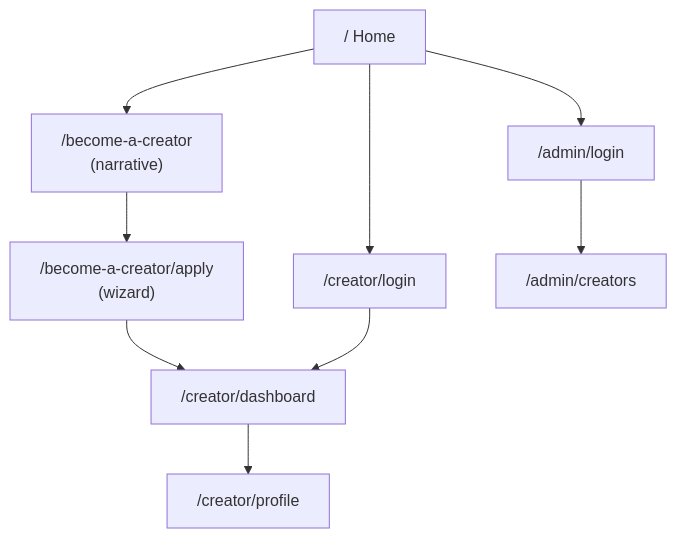
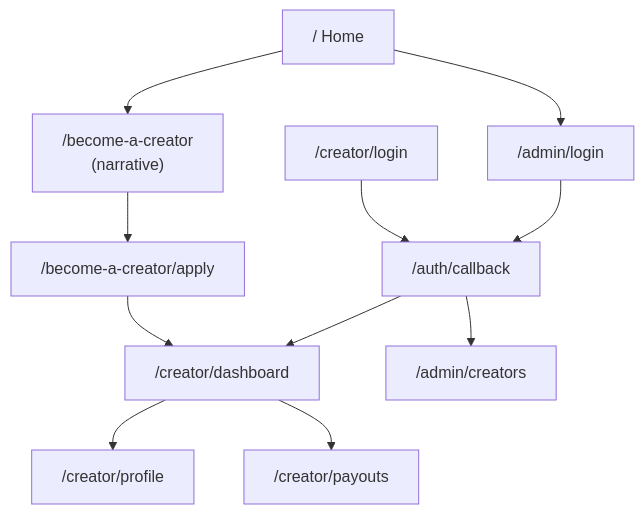
The diagram in SITEMAP.md (Nupurgaurr/ugc-marketplace-), drawn with Mermaid before and after one commit. The commit also changed other lines of this file and 11 other files, not shown here.

````diff
--- a/SITEMAP.md
+++ b/SITEMAP.md
@@ -25,15 +28,17 @@
 ```mermaid
 flowchart TD
     Home["/  Home"]
 
     Home --> Roast["/become-a-creator<br/>(narrative)"]
-    Roast --> KApply["/become-a-creator/apply<br/>(wizard)"]
-    Home --> KLogin["/creator/login"]
+    Roast --> Apply["/become-a-creator/apply"]
+    Home --> ALogin["/admin/login"]
 
-    KApply --> KDash["/creator/dashboard"]
-    KLogin --> KDash
-    KDash --> KProf["/creator/profile"]
+    Apply --> Dash["/creator/dashboard"]
+    CLogin["/creator/login"] --> Callback["/auth/callback"]
+    ALogin --> Callback
+    Callback --> Dash
+    Callback --> AC["/admin/creators"]
 
-    Home --> ALogin["/admin/login"]
-    ALogin --> AC["/admin/creators"]
+    Dash --> Prof["/creator/profile"]
+    Dash --> Pay["/creator/payouts"]
 ```
````
